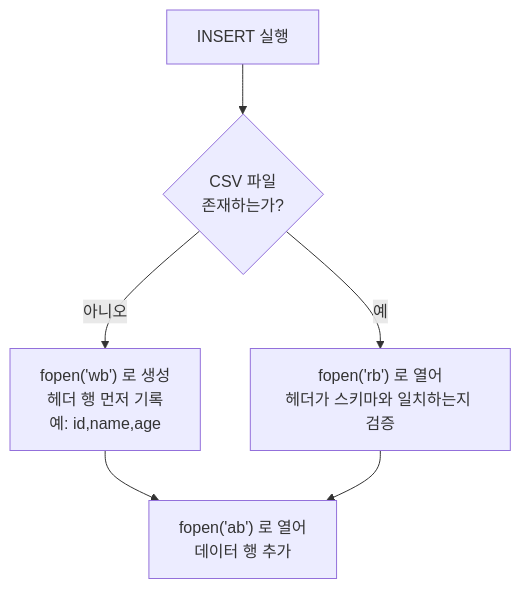
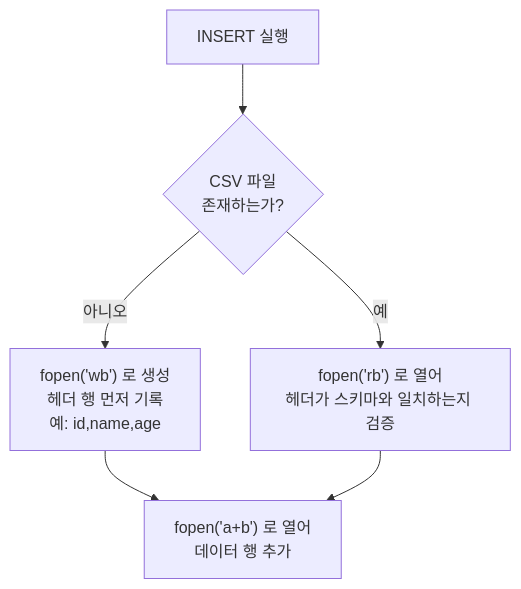
The tenth of 11 diagrams in GUIDE.md (Jungle-12-303/week7-02-sql-index), drawn with Mermaid before and after one commit. The commit also changed other lines of this file and 1 other file, not shown here.

````diff
--- a/GUIDE.md
+++ b/GUIDE.md
@@ -514,8 +549,8 @@
 ```mermaid
 flowchart TD
     A["INSERT 실행"] --> B{"CSV 파일\n존재하는가?"}
     B -- 아니오 --> C["fopen('wb') 로 생성\n헤더 행 먼저 기록\n예: id,name,age"]
     B -- 예 --> D["fopen('rb') 로 열어\n헤더가 스키마와 일치하는지 검증"]
-    C --> E["fopen('ab') 로 열어\n데이터 행 추가"]
+    C --> E["fopen('a+b') 로 열어\n데이터 행 추가"]
     D --> E
 ```
````
